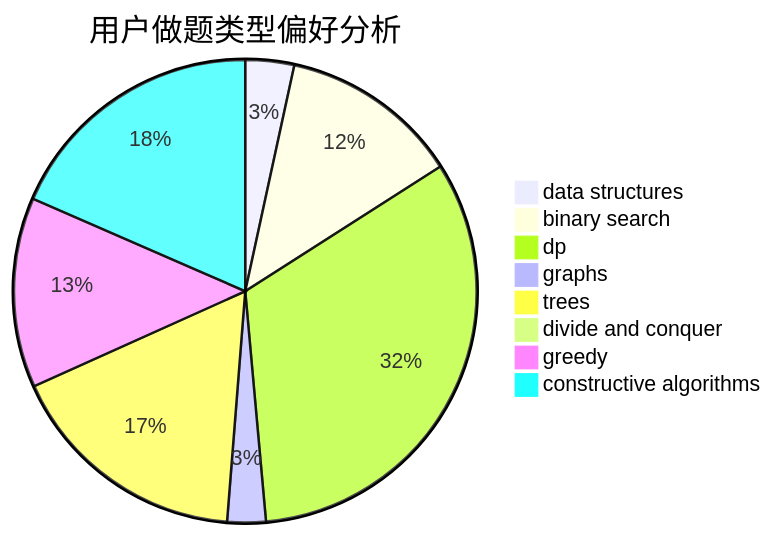
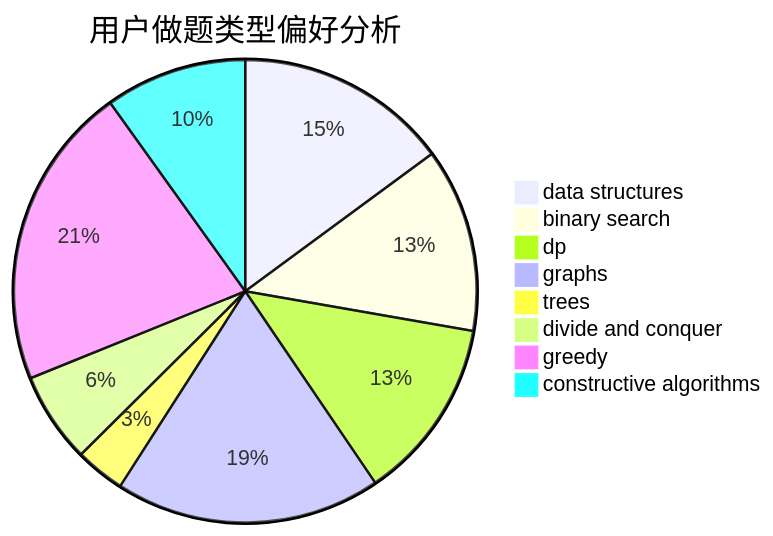
One commit to sherpahu/cfrs.github.io changed the second of 3 diagrams in docs/user/u1944.md. Above: the diagram before and after it, drawn with Mermaid. The commit also changed other lines of this file and 2770 other files, not shown here.

````diff
--- a/docs/user/u1944.md
+++ b/docs/user/u1944.md
@@ -23,11 +23,11 @@
 ```mermaid
 pie title 用户做题类型偏好分析
-    "data structures" :  19
-    "binary search" :  70
-    "dp" :  182
-    "graphs" :  15
-    "trees" :  95
-    "divide and conquer" :  5
-    "greedy" :  74
-    "constructive algorithms" :  103
+    "data structures" :  146
+    "binary search" :  126
+    "dp" :  125
+    "graphs" :  182
+    "trees" :  34
+    "divide and conquer" :  62
+    "greedy" :  208
+    "constructive algorithms" :  97
 ```
````
